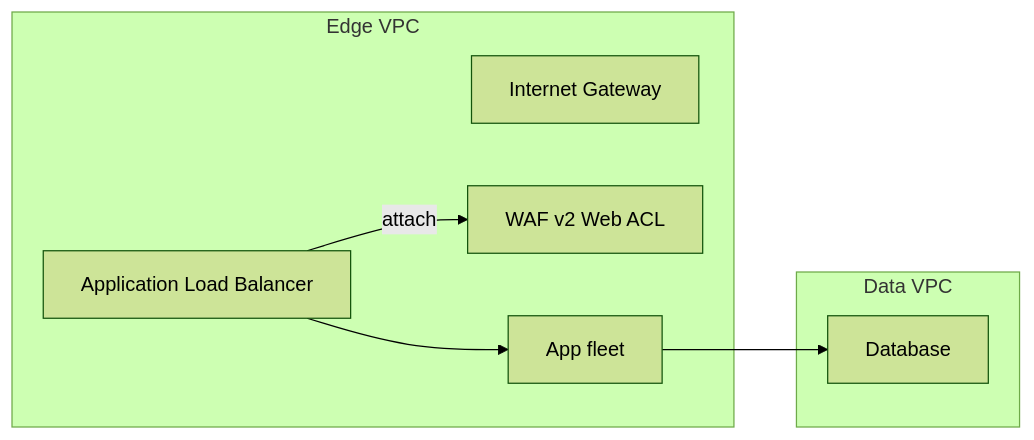
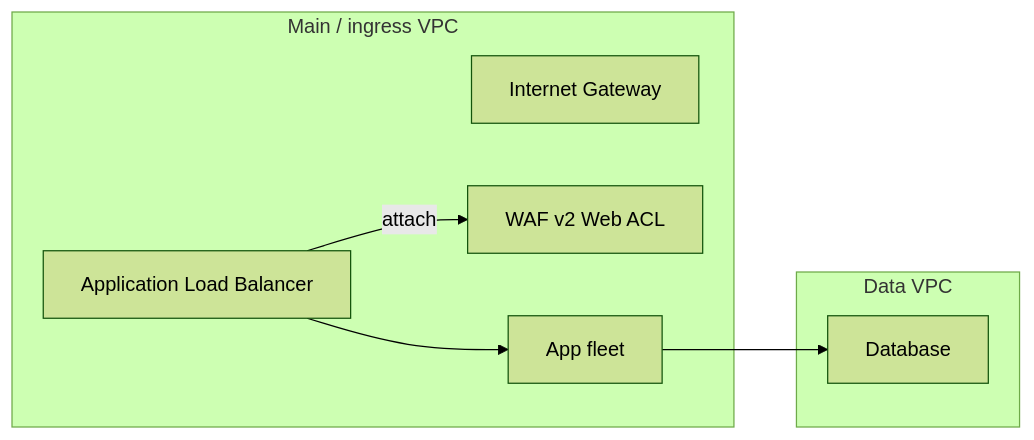
The ninth of 10 diagrams in docs/README.md (duynhlab/tf-ministack-local), drawn with Mermaid (forest theme) before and after one commit. The commit also changed other lines of this file and 18 other files, not shown here.

````diff
--- a/docs/README.md
+++ b/docs/README.md
@@ -220,16 +346,16 @@
 ```mermaid
 graph LR
-    subgraph "Edge VPC"
+    subgraph "Main / ingress VPC"
         IGW[Internet Gateway]
         ALB[Application Load Balancer]
         WAF[WAF v2 Web ACL]
         ALB -->|attach| WAF
         ALB --> backend[App fleet]
     end
 
     subgraph "Data VPC"
         DB[Database]
     end
 
     backend --> DB
 ```
````
